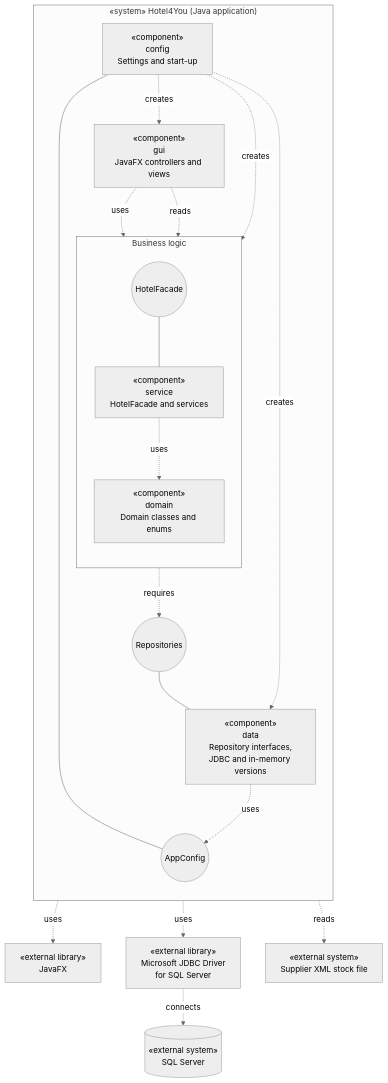
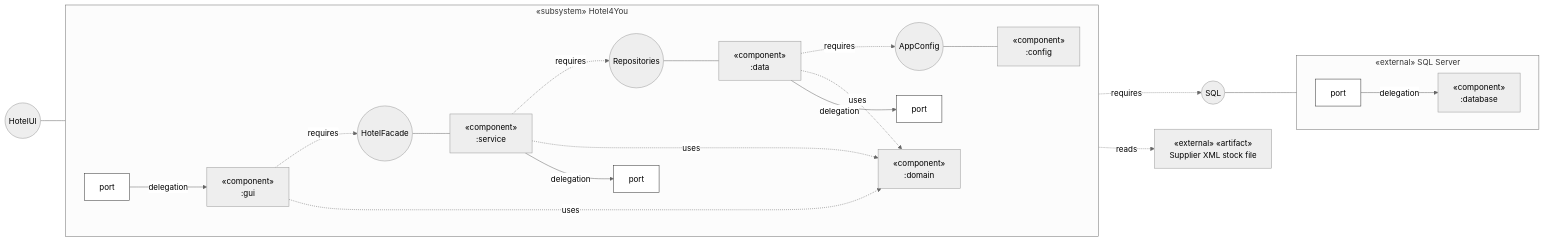
The diagram in docs/uml/component-diagram.md (BorjaTiago/hotel4you), drawn with Mermaid before and after one commit. The commit also changed other lines of this file and 1 other file, not shown here.

Commit message:
H4Y-9 apply teacher feedback to component diagram

````diff
--- a/docs/uml/component-diagram.md
+++ b/docs/uml/component-diagram.md
@@ -19,41 +24,47 @@
 ```mermaid
 %%{init: {"theme":"neutral","fontFamily":"Arial"}}%%
-flowchart TB
-    %% Requirements: RF-28; RNF-02, RNF-05, RNF-06, RNF-07, RNF-08, RNF-10, RNF-11, RNF-12.
-    subgraph APP["«system» Hotel4You (Java application)"]
-        direction TB
-        GUI["«component»<br/>gui<br/>JavaFX controllers and views"]
-        subgraph BL["Business logic"]
-            direction TB
-            FAC(("HotelFacade"))
-            SVC["«component»<br/>service<br/>HotelFacade and services"]
-            DOM["«component»<br/>domain<br/>Domain classes and enums"]
-        end
+flowchart LR
+    UI(("HotelUI"))
+    subgraph H4Y["«subsystem» Hotel4You"]
+        direction LR
+        PUI["port"]
+        GUI["«component»<br/>:gui"]
+        FAC(("HotelFacade"))
+        SVC["«component»<br/>:service"]
+        DOM["«component»<br/>:domain"]
         REPO(("Repositories"))
-        DATA["«component»<br/>data<br/>Repository interfaces,<br/>JDBC and in-memory versions"]
-        CFG["«component»<br/>config<br/>Settings and start-up"]
-        SET(("AppConfig"))
+        DATA["«component»<br/>:data"]
+        CFGI(("AppConfig"))
+        CFG["«component»<br/>:config"]
+        PDB["port"]
+        PXML["port"]
     end
+    SQLI(("SQL"))
+    subgraph DBS["«external» SQL Server"]
+        direction LR
+        PSQL["port"]
+        DBE["«component»<br/>:database"]
+    end
+    XML["«external» «artifact»<br/>Supplier XML stock file"]
 
-    JFX["«external library»<br/>JavaFX"]
-    JDBC["«external library»<br/>Microsoft JDBC Driver<br/>for SQL Server"]
-    DB[("«external system»<br/>SQL Server")]
-    XML["«external system»<br/>Supplier XML stock file"]
-
-    GUI -.->|uses| FAC
-    GUI -.->|reads| DOM
-    GUI -.->|uses| JFX
+    UI --- PUI
+    PUI -->|delegation| GUI
+    GUI -.->|requires| FAC
     FAC --- SVC
     SVC -.->|requires| REPO
-    CFG --- SET
+    REPO --- DATA
+    DATA -.->|requires| CFGI
+    CFGI --- CFG
     SVC -.->|uses| DOM
-    SVC -.->|reads| XML
-    REPO --- DATA
-    DOM ~~~ DATA
-    DATA -.->|uses| SET
-    DATA -.->|uses| JDBC
-    JDBC -.->|connects| DB
-    CFG -.->|creates| GUI
-    CFG -.->|creates| SVC
-    CFG -.->|creates| DATA
+    GUI -.->|uses| DOM
+    DATA -.->|uses| DOM
+    DATA -->|delegation| PDB
+    PDB -.->|requires| SQLI
+    SQLI --- PSQL
+    PSQL -->|delegation| DBE
+    SVC -->|delegation| PXML
+    PXML -.->|reads| XML
+
+    classDef port fill:#fff,stroke:#333,stroke-width:1px
+    class PUI,PDB,PXML,PSQL port
 ```
````
